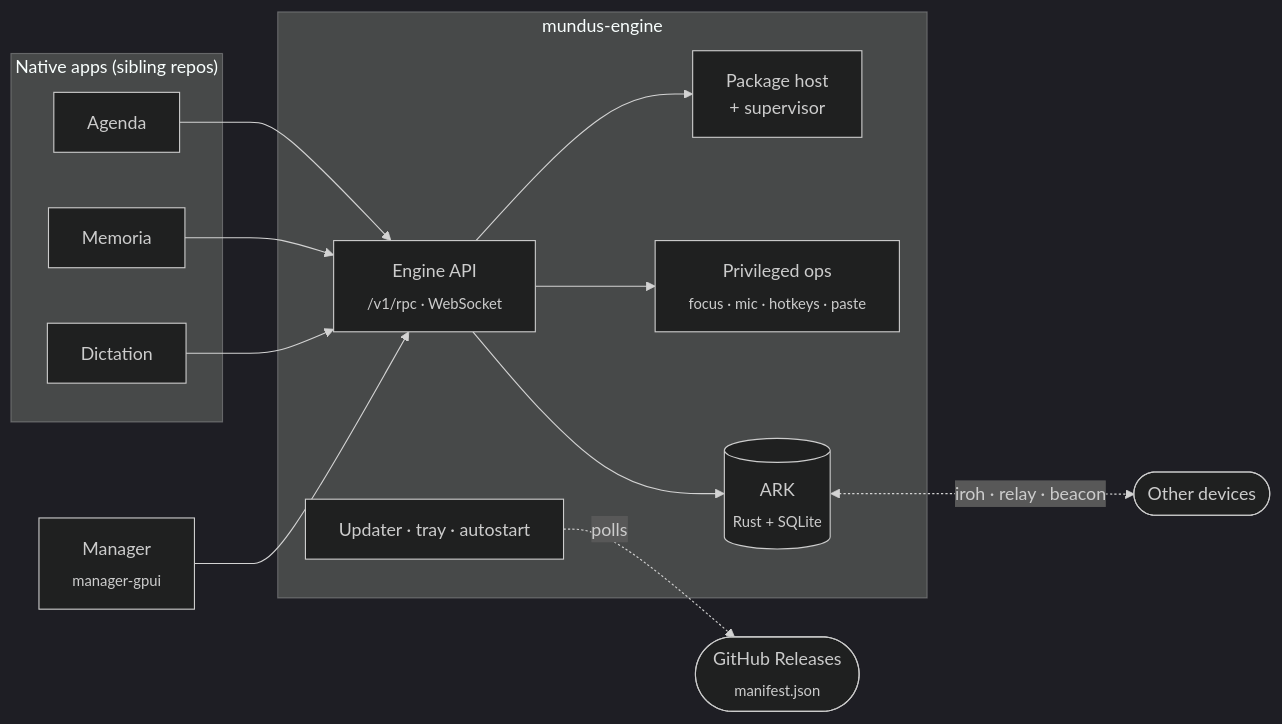
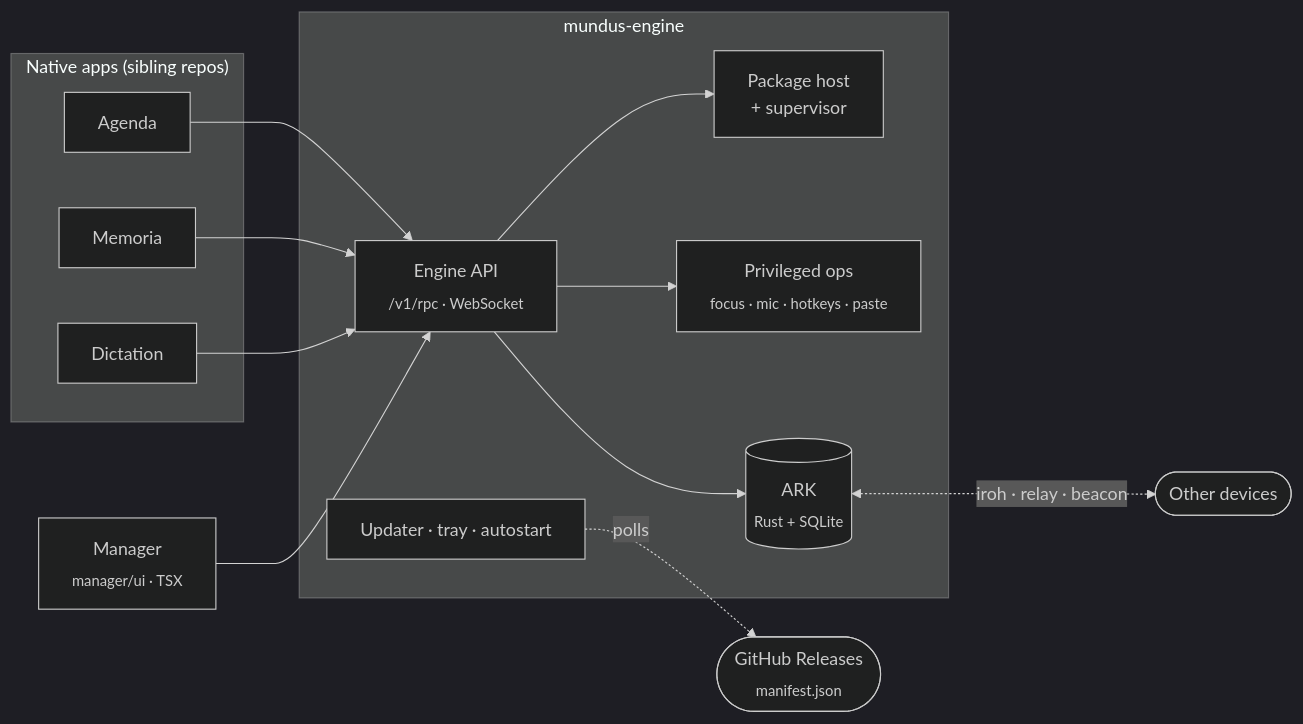
Before and after one commit to makekosmos/cortex: the first of 2 diagrams in README.md, drawn with Mermaid (dark theme). The commit also changed other lines of this file and 137 other files, not shown here.

First line of the commit message:
feat(manager): the NSH Manager is what ships; manager-gpui is gone (#294)

````diff
--- a/README.md
+++ b/README.md
@@ -96,27 +96,27 @@
 ```mermaid
 flowchart LR
     subgraph apps["Native apps (sibling repos)"]
         agenda["Agenda"]
         memoria["Memoria"]
         dictation["Dictation"]
     end
 
-    manager["Manager<br/><sub>manager-gpui</sub>"]
+    manager["Manager<br/><sub>manager/ui · TSX</sub>"]
 
     subgraph engine["mundus-engine"]
         api["Engine API<br/><sub>/v1/rpc · WebSocket</sub>"]
         host["Package host<br/>+ supervisor"]
         priv["Privileged ops<br/><sub>focus · mic · hotkeys · paste</sub>"]
         updater["Updater · tray · autostart"]
         ark[("ARK<br/><sub>Rust + SQLite</sub>")]
     end
 
     peers(["Other devices"])
     feed(["GitHub Releases<br/><sub>manifest.json</sub>"])
 
     agenda & memoria & dictation --> api
     manager --> api
     api --> host & priv & ark
     ark <-. "iroh · relay · beacon" .-> peers
     updater -. polls .-> feed
 ```
````
